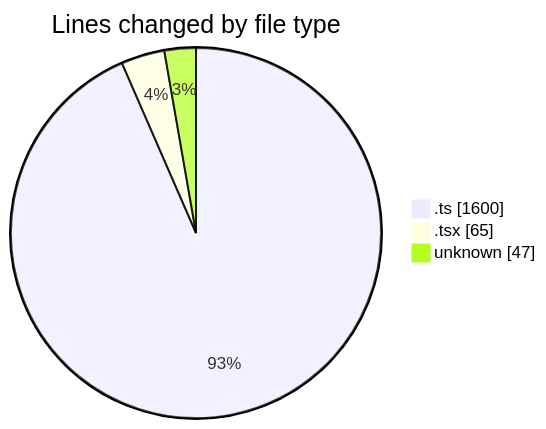
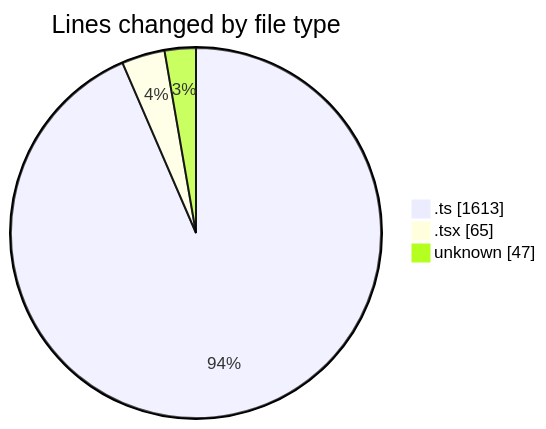
The first of 2 diagrams in 2025-09-11/cda/README.md (momahboobian/code-tracking), drawn with Mermaid before and after one commit. The commit also changed other lines of this file and 1 other file, not shown here.

````diff
--- a/2025-09-11/cda/README.md
+++ b/2025-09-11/cda/README.md
@@ -29,7 +29,7 @@
 ```mermaid
 pie showData
 title Lines changed by file type
-".ts" : 1600
+".ts" : 1613
 ".tsx" : 65
 "unknown" : 47
 ```
````
